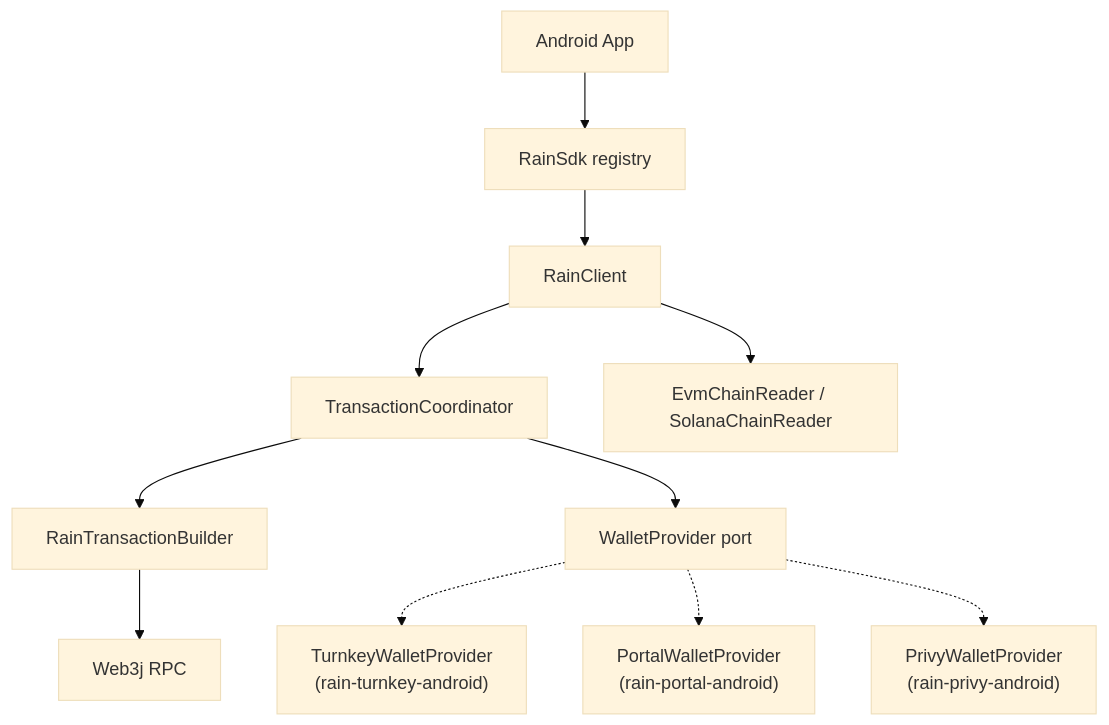
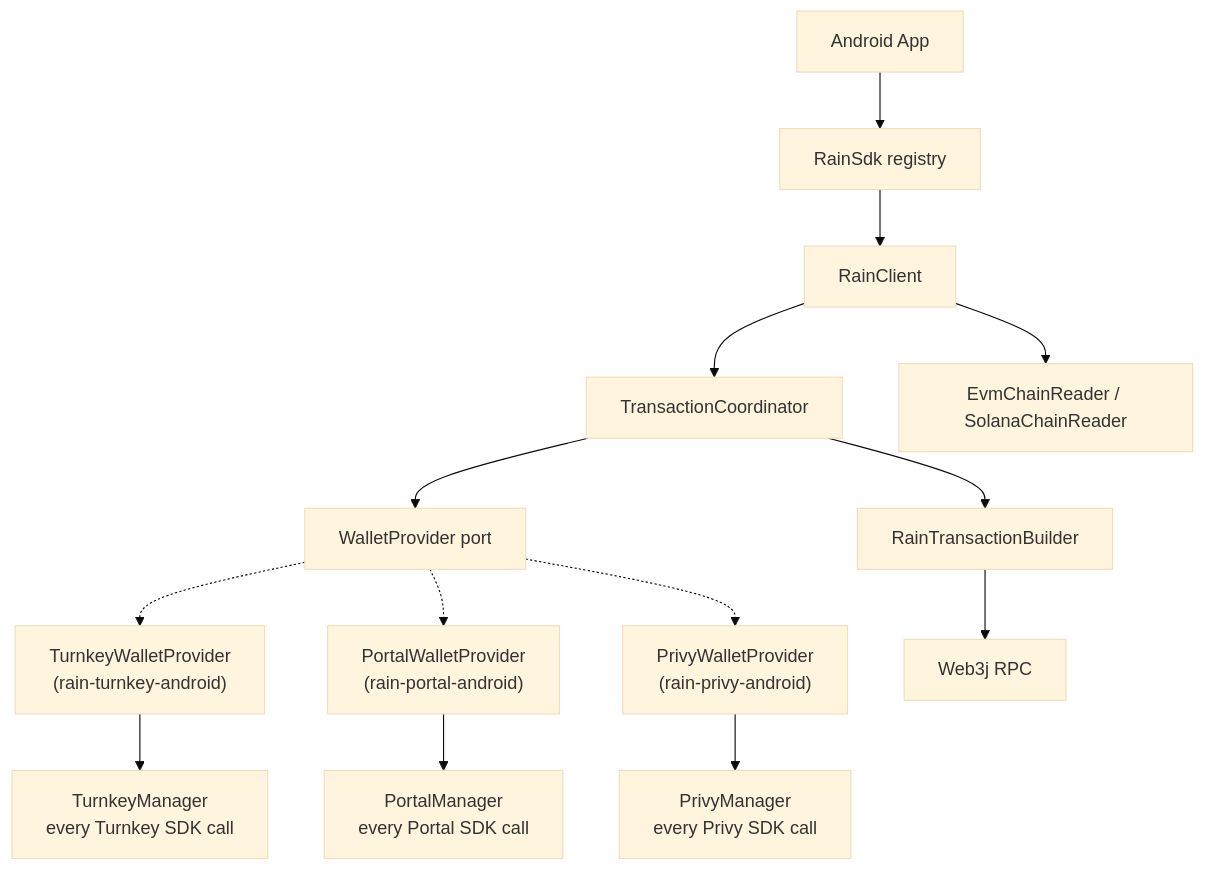
One commit to SignifyHQ/rain-sdk-android changed the diagram in rain-core-android/README.md. Above: the diagram before and after it, drawn with Mermaid (base theme). The commit also changed other lines of this file and 2 other files, not shown here.

First line of the commit message:
docs(turnkey): name the manager as the Turnkey vendor wrapper (WALL-79)

````diff
--- a/rain-core-android/README.md
+++ b/rain-core-android/README.md
@@ -37,13 +37,16 @@
 ```mermaid
 graph TD
     App[Android App] --> RainSdk[RainSdk registry]
     RainSdk --> RainClient[RainClient]
     RainClient --> Coord[TransactionCoordinator]
     Coord --> Builder[RainTransactionBuilder]
     Coord --> Port[WalletProvider port]
     Port -.-> Turnkey["TurnkeyWalletProvider<br/>(rain-turnkey-android)"]
     Port -.-> Portal["PortalWalletProvider<br/>(rain-portal-android)"]
     Port -.-> Privy["PrivyWalletProvider<br/>(rain-privy-android)"]
+    Turnkey --> TurnkeyMgr["TurnkeyManager<br/>every Turnkey SDK call"]
+    Portal --> PortalMgr["PortalManager<br/>every Portal SDK call"]
+    Privy --> PrivyMgr["PrivyManager<br/>every Privy SDK call"]
     Builder --> Web3j[Web3j RPC]
     RainClient --> Readers[EvmChainReader / SolanaChainReader]
 ```
````
